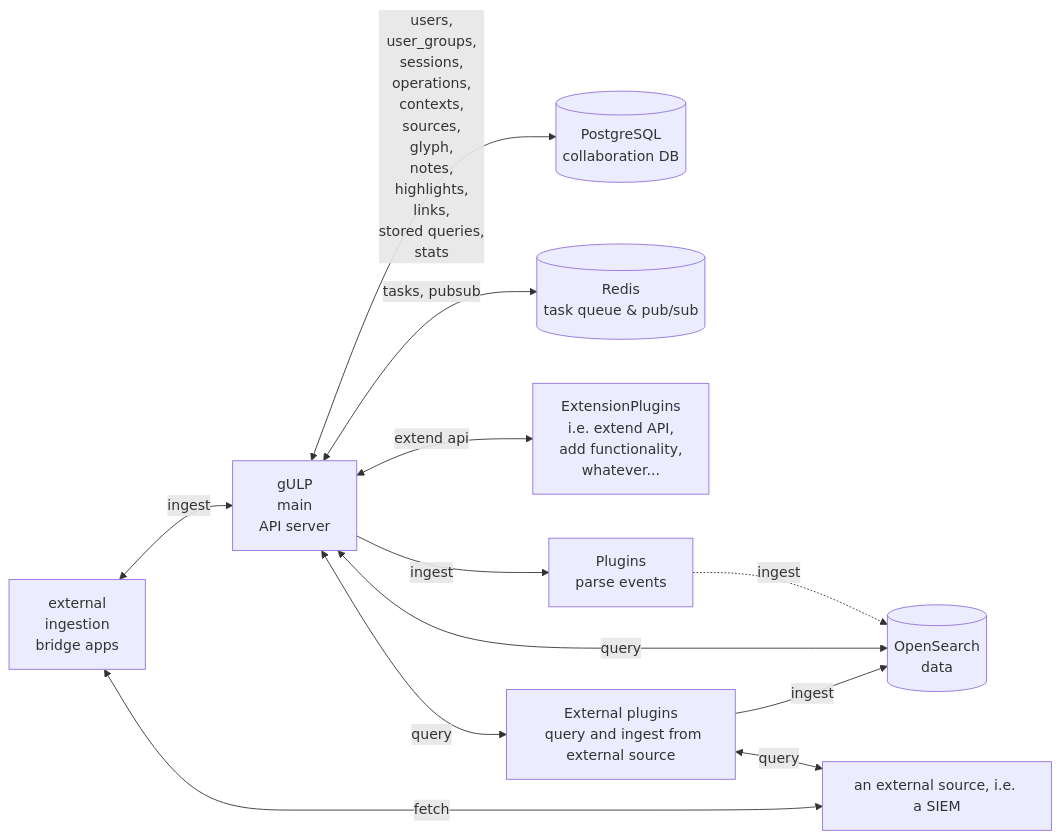
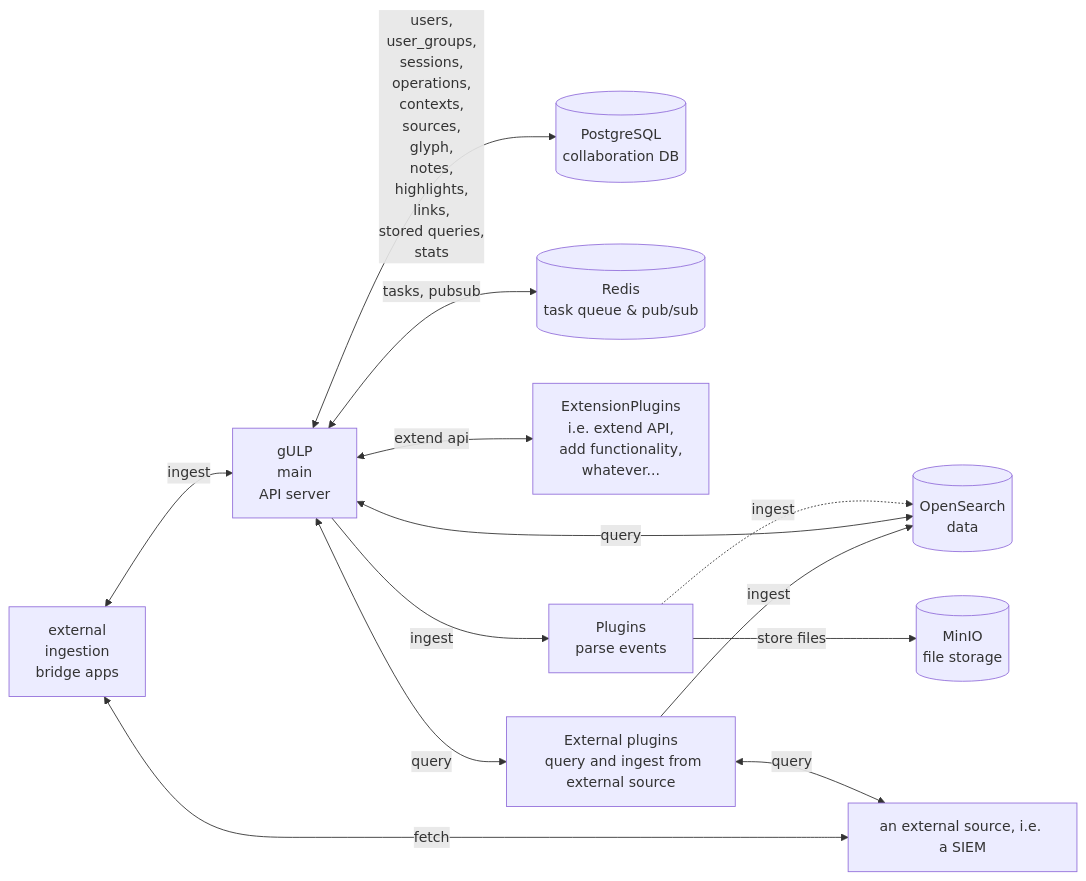
The first of 7 diagrams in docs/architecture.md (mentat-is/gulp), drawn with Mermaid before and after one commit. The commit also changed other lines of this file and 17 other files, not shown here.

Commit message:
core: implemented file storage, plugins can use it via GulpPluginParameters.store_file (bool). a minio instance is added to the docker compose

````diff
--- a/docs/architecture.md
+++ b/docs/architecture.md
@@ -19,56 +19,61 @@
 ```mermaid
 flowchart LR
 gulp[gULP
   main
   API server]
 
 bridges[external 
 ingestion
   bridge apps]
 
 collab[(PostgreSQL
   collaboration DB)]
+
 redis[(Redis
   task queue & pub/sub)]
 
+minio[(MinIO
+  file storage
+)]
 extension_plugin[ExtensionPlugins
   i.e. extend API,
     add functionality,
     whatever...]
 
 plugin[Plugins
   parse events]
 
 external_plugin[External plugins
   query and ingest from external source]
 
 external_source[an external source, i.e. a SIEM]
 
 opensearch[(OpenSearch
   data)]
 
 gulp <-->|users,
   user_groups,
   sessions,
   operations,
   contexts,
   sources,
   glyph,
   notes,
   highlights,
   links,
   stored queries,
   stats
   | collab
 gulp <-->|tasks, pubsub| redis
 
 bridges<-->|ingest| gulp
 gulp <-->|extend api| extension_plugin
 gulp -->|ingest| plugin
 plugin-.ingest.->opensearch
+plugin -->|store files| minio
 gulp<--query-->opensearch
 gulp<-->|query|external_plugin<-->|query|external_source
 external_plugin-->|ingest|opensearch
 bridges<-->|fetch| external_source
 
 ```
````
